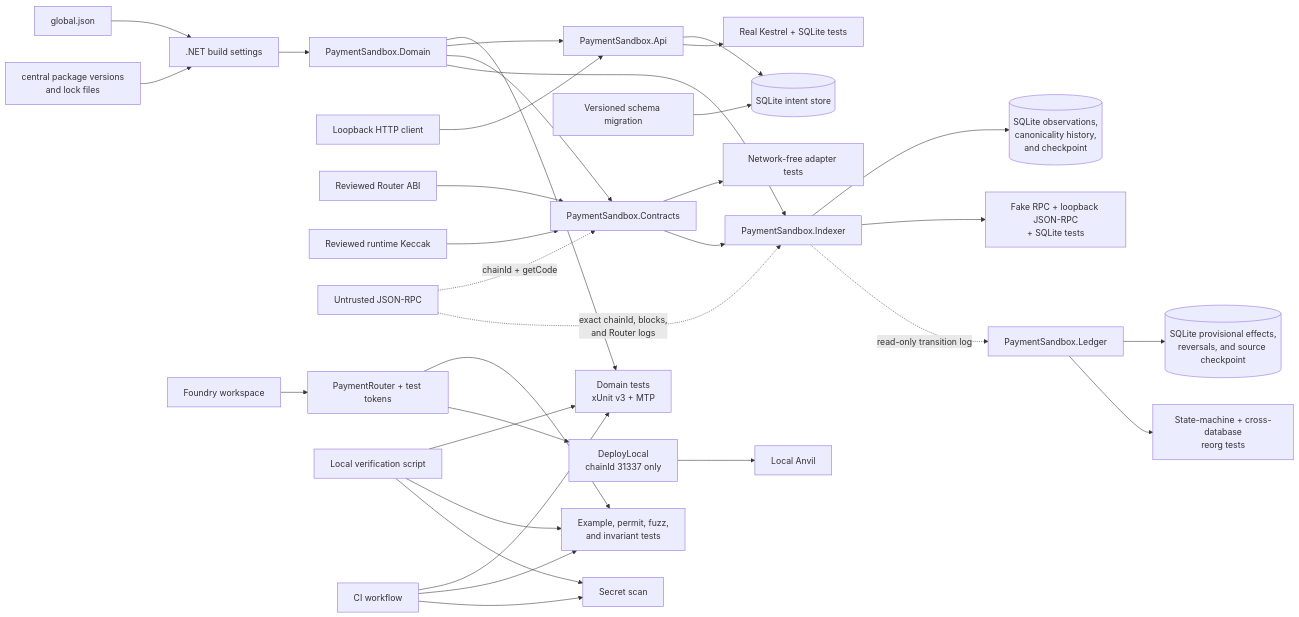
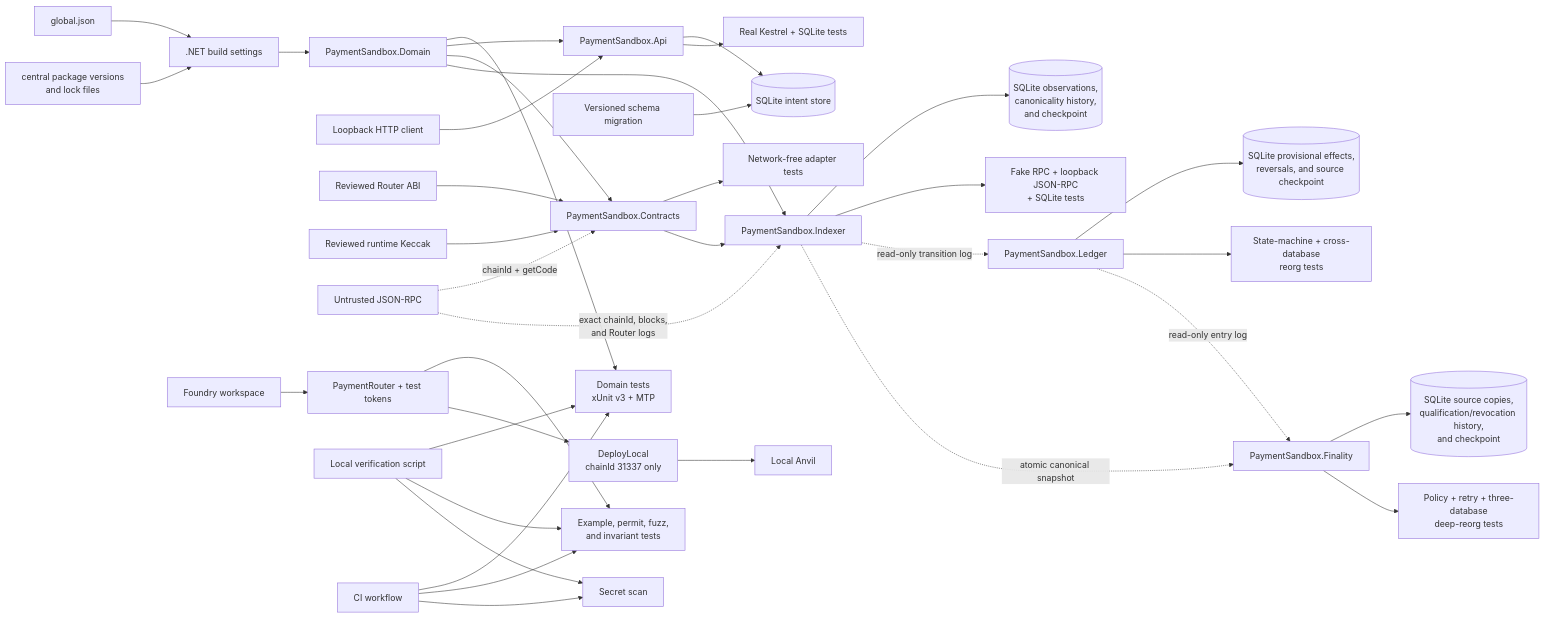
One commit to xiaocaiisxiaocai/dotnet-evm-payment-sandbox changed the first of 2 diagrams in docs/architecture.md. Above: the diagram before and after it, drawn with Mermaid. The commit also changed other lines of this file and 36 other files, not shown here.

````diff
--- a/docs/architecture.md
+++ b/docs/architecture.md
@@ -14,37 +14,41 @@
 ```mermaid
 flowchart LR
     SDK[global.json] --> Build[.NET build settings]
     Packages[central package versions<br/>and lock files] --> Build
     Build --> Domain[PaymentSandbox.Domain]
     Domain --> DomainTests[Domain tests<br/>xUnit v3 + MTP]
     Domain --> API[PaymentSandbox.Api]
     Client[Loopback HTTP client] --> API
     API --> SQLite[(SQLite intent store)]
     Migration[Versioned schema migration] --> SQLite
     API --> APITests[Real Kestrel + SQLite tests]
     Domain --> Contracts[PaymentSandbox.Contracts]
     ABI[Reviewed Router ABI] --> Contracts
     Baseline[Reviewed runtime Keccak] --> Contracts
     RPC[Untrusted JSON-RPC] -. chainId + getCode .-> Contracts
     Contracts --> ContractAdapterTests[Network-free adapter tests]
     Domain --> Indexer[PaymentSandbox.Indexer]
     Contracts --> Indexer
     RPC -. exact chainId, blocks,<br/>and Router logs .-> Indexer
     Indexer --> ObservationDb[(SQLite observations,<br/>canonicality history,<br/>and checkpoint)]
     Indexer --> IndexerTests[Fake RPC + loopback JSON-RPC<br/>+ SQLite tests]
     Indexer -. read-only transition log .-> Ledger[PaymentSandbox.Ledger]
     Ledger --> LedgerDb[(SQLite provisional effects,<br/>reversals, and source checkpoint)]
     Ledger --> LedgerTests[State-machine + cross-database<br/>reorg tests]
+    Indexer -. atomic canonical snapshot .-> Finality[PaymentSandbox.Finality]
+    Ledger -. read-only entry log .-> Finality
+    Finality --> FinalityDb[(SQLite source copies,<br/>qualification/revocation history,<br/>and checkpoint)]
+    Finality --> FinalityTests[Policy + retry + three-database<br/>deep-reorg tests]
 
     Foundry[Foundry workspace] --> Router[PaymentRouter + test tokens]
     Router --> ContractChecks[Example, permit, fuzz,<br/>and invariant tests]
     Router --> Deploy[DeployLocal<br/>chainId 31337 only]
     Deploy --> Anvil[Local Anvil]
 
     Verify[Local verification script] --> DomainTests
     Verify --> ContractChecks
     Verify --> SecretScan[Secret scan]
     CI[CI workflow] --> DomainTests
     CI --> ContractChecks
     CI --> SecretScan
 ```
````
